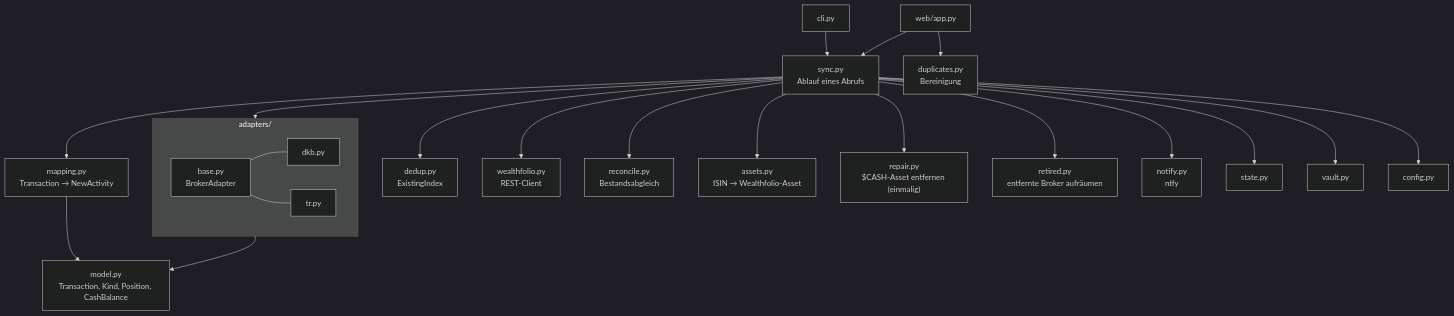
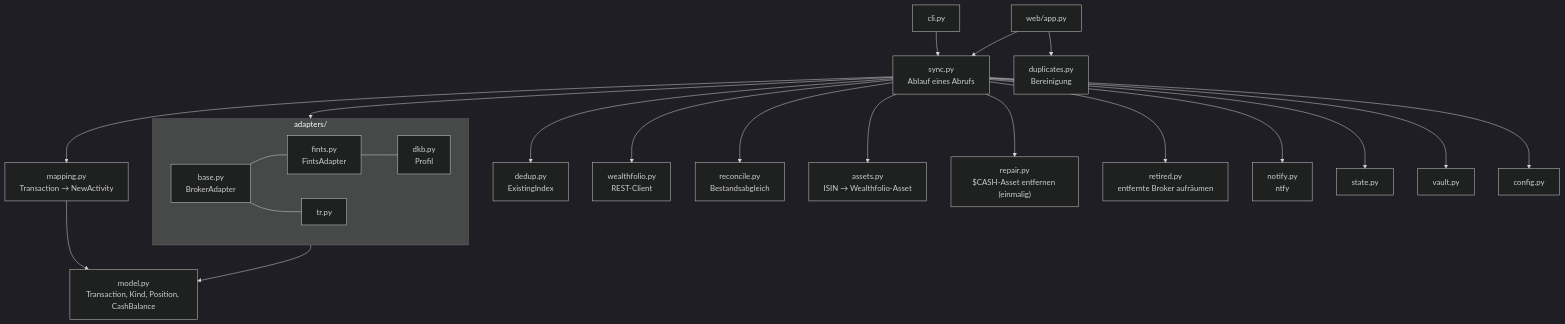
The second of 3 diagrams in ARCHITECTURE.md (waldonso2/Wealthfolio-broker-sync-service), drawn with Mermaid (dark theme) before and after one commit. The commit also changed other lines of this file and 9 other files, not shown here.

First line of the commit message:
Share the FinTS adapter between banks; DKB becomes a profile (0.3.8) (#17)

````diff
--- a/ARCHITECTURE.md
+++ b/ARCHITECTURE.md
@@ -40,21 +40,22 @@
 ```mermaid
 flowchart TB
   cli["cli.py"] --> sync
   web["web/app.py"] --> sync
   sync["sync.py<br/>Ablauf eines Abrufs"] --> adapters
   sync --> mapping["mapping.py<br/>Transaction → NewActivity"]
   sync --> dedup["dedup.py<br/>ExistingIndex"]
   sync --> wf["wealthfolio.py<br/>REST-Client"]
   sync --> reconcile["reconcile.py<br/>Bestandsabgleich"]
   sync --> assets["assets.py<br/>ISIN → Wealthfolio-Asset"]
   sync --> repair["repair.py<br/>$CASH-Asset entfernen (einmalig)"]
   sync --> retired["retired.py<br/>entfernte Broker aufräumen"]
   sync --> notify["notify.py<br/>ntfy"]
   sync --> state["state.py"] & vault["vault.py"] & config["config.py"]
   web --> duplicates["duplicates.py<br/>Bereinigung"]
   subgraph adapters["adapters/"]
-    base["base.py<br/>BrokerAdapter"] --- dkb["dkb.py"] & tr["tr.py"]
+    base["base.py<br/>BrokerAdapter"] --- fints["fints.py<br/>FintsAdapter"] & tr["tr.py"]
+    fints --- dkb["dkb.py<br/>Profil"]
   end
   adapters --> model["model.py<br/>Transaction, Kind, Position, CashBalance"]
   mapping --> model
 ```
````
